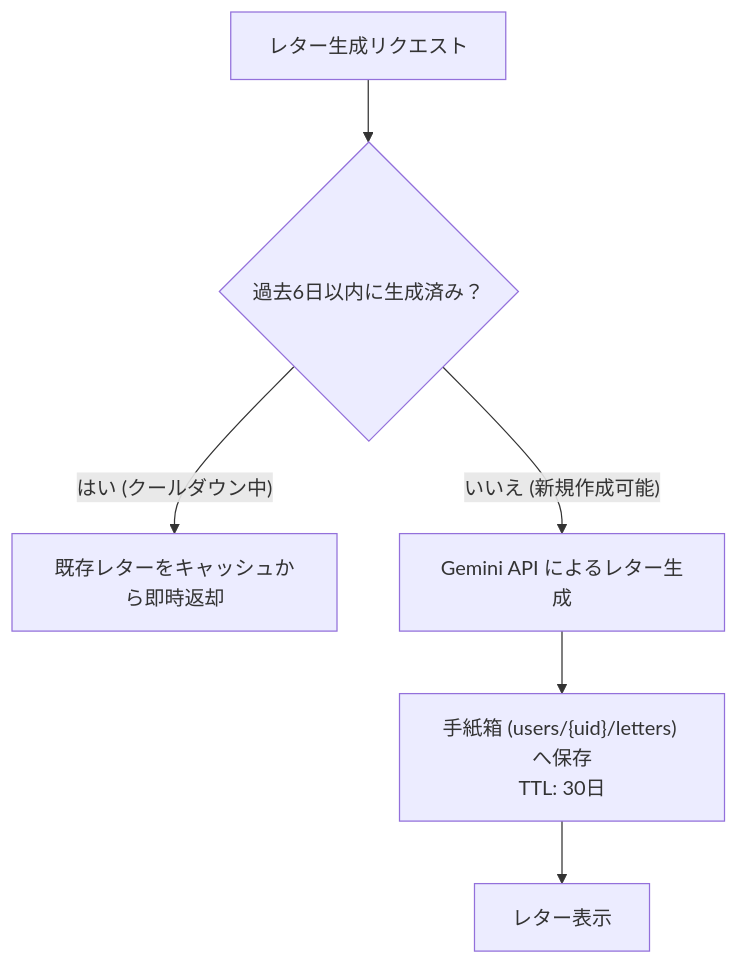
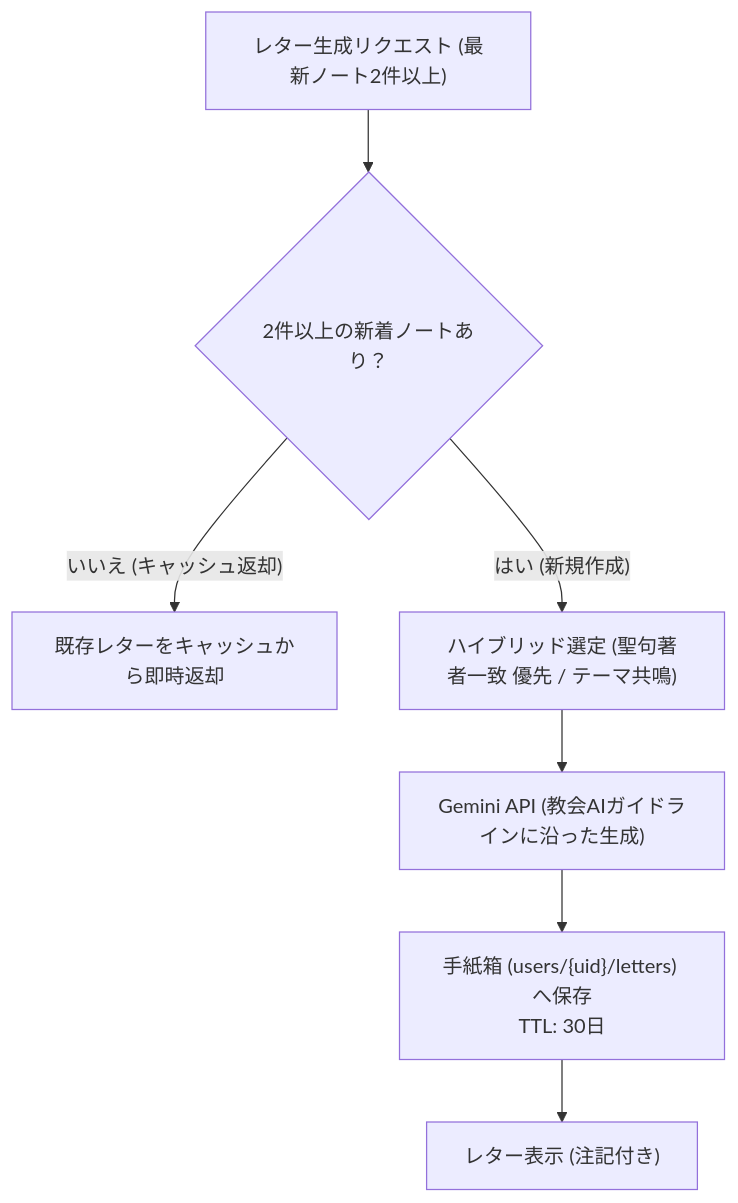
The diagram in docs/ja/feature-ai-integration.md (ScriptureHabit/scripture-habit), drawn with Mermaid before and after one commit. The commit also changed other lines of this file and 33 other files, not shown here.

````diff
--- a/docs/ja/feature-ai-integration.md
+++ b/docs/ja/feature-ai-integration.md
@@ -41,8 +41,9 @@
 ```mermaid
 flowchart TD
-    Request["レター生成リクエスト"] --> CheckCooldown{"過去6日以内に生成済み？"}
-    CheckCooldown -- "はい (クールダウン中)" --> ReturnCache["既存レターをキャッシュから即時返却"]
-    CheckCooldown -- "いいえ (新規作成可能)" --> CallGemini["Gemini API によるレター生成"]
+    Request["レター生成リクエスト (最新ノート2件以上)"] --> CheckCooldown{"2件以上の新着ノートあり？"}
+    CheckCooldown -- "いいえ (キャッシュ返却)" --> ReturnCache["既存レターをキャッシュから即時返却"]
+    CheckCooldown -- "はい (新規作成)" --> PersonaMatch["ハイブリッド選定 (聖句著者一致 優先 / テーマ共鳴)"]
+    PersonaMatch --> CallGemini["Gemini API (教会AIガイドラインに沿った生成)"]
     CallGemini --> SaveDB["手紙箱 (users/{uid}/letters) へ保存<br/>TTL: 30日"]
-    SaveDB --> Deliver["レター表示"]
+    SaveDB --> Deliver["レター表示 (注記付き)"]
 ```
````
